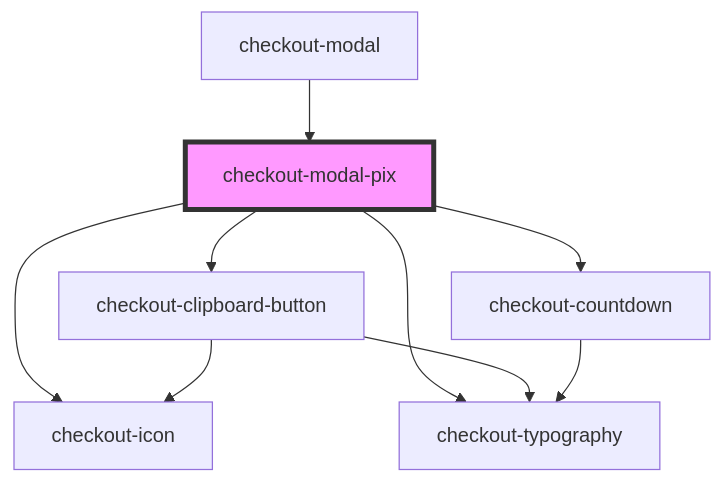
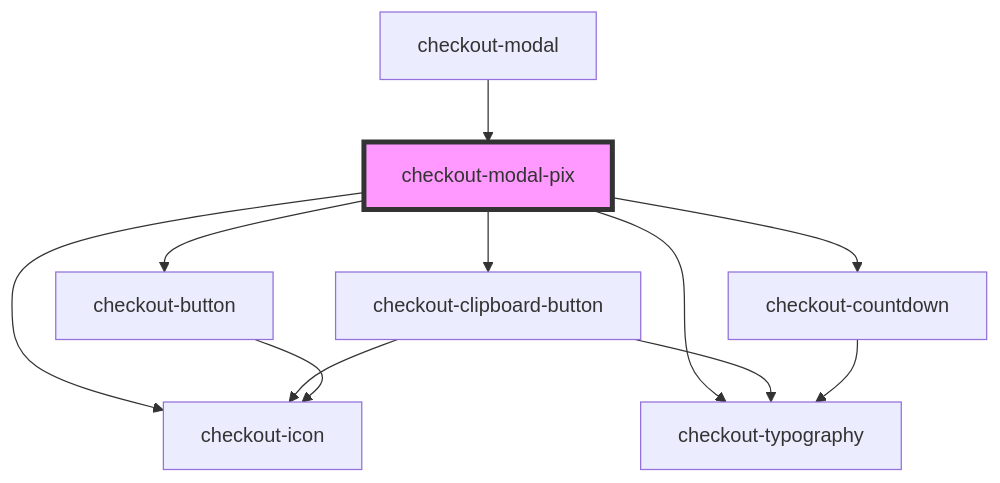
One commit to plughacker/malga-checkout changed the diagram in packages/common/src/components/checkout-modal/partials/checkout-modal-pix/readme.md. Above: the diagram before and after it, drawn with Mermaid. The commit also changed other lines of this file and 41 other files, not shown here.

````diff
--- a/packages/common/src/components/checkout-modal/partials/checkout-modal-pix/readme.md
+++ b/packages/common/src/components/checkout-modal/partials/checkout-modal-pix/readme.md
@@ -33,12 +43,14 @@
 ```mermaid
 graph TD;
   checkout-modal-pix --> checkout-icon
   checkout-modal-pix --> checkout-typography
   checkout-modal-pix --> checkout-clipboard-button
   checkout-modal-pix --> checkout-countdown
+  checkout-modal-pix --> checkout-button
   checkout-clipboard-button --> checkout-icon
   checkout-clipboard-button --> checkout-typography
   checkout-countdown --> checkout-typography
+  checkout-button --> checkout-icon
   checkout-modal --> checkout-modal-pix
   style checkout-modal-pix fill:#f9f,stroke:#333,stroke-width:4px
 ```
````
